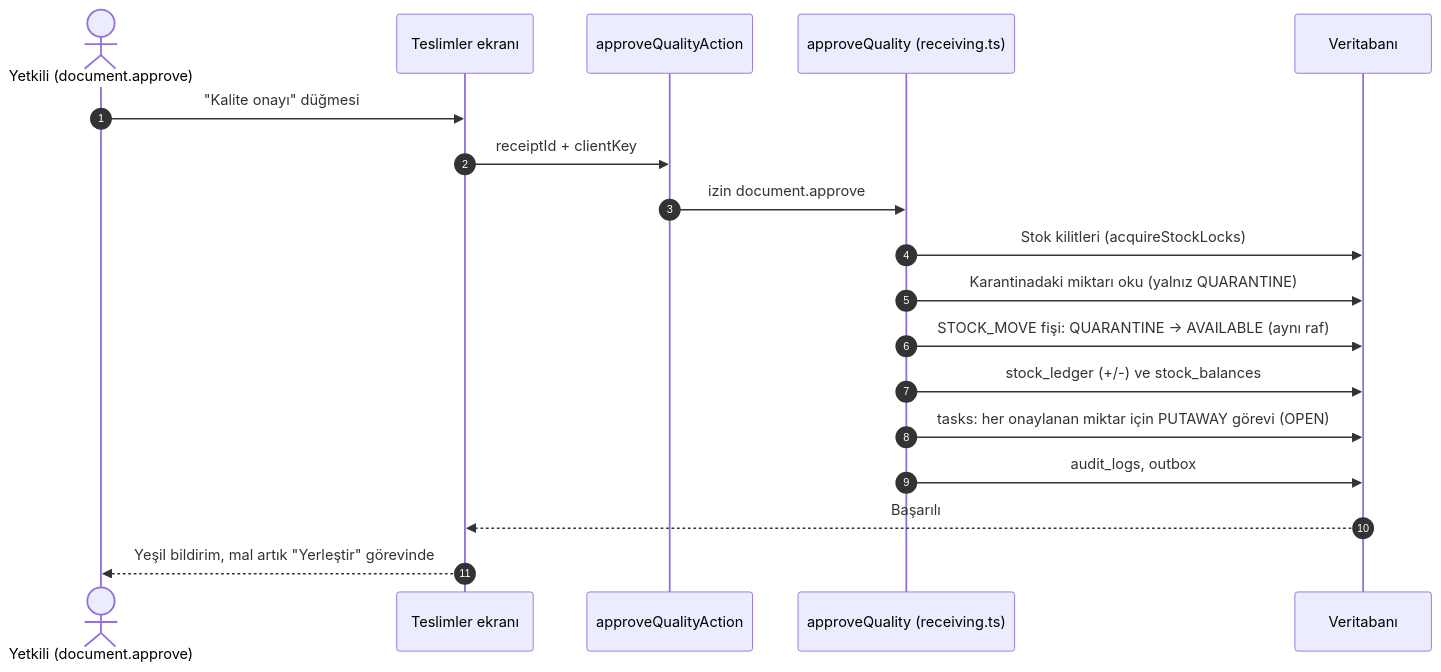
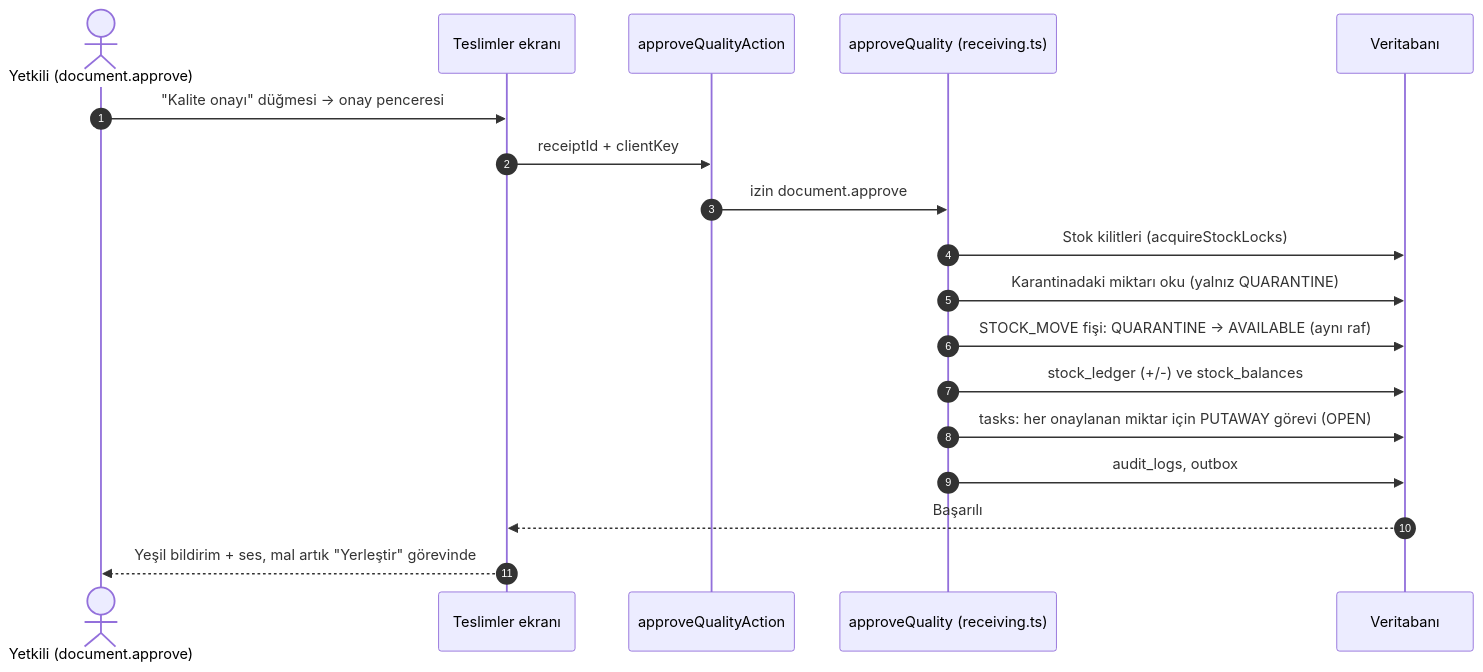
The third of 9 diagrams in docs/fonksiyonel-mimari/02b-mal-kabul-stok-katalog.md (shosgoren/EtkinWMS), drawn with Mermaid before and after one commit. The commit also changed other lines of this file and 10 other files, not shown here.

````diff
--- a/docs/fonksiyonel-mimari/02b-mal-kabul-stok-katalog.md
+++ b/docs/fonksiyonel-mimari/02b-mal-kabul-stok-katalog.md
@@ -129,20 +147,20 @@
 ```mermaid
 sequenceDiagram
     autonumber
     actor Y as Yetkili (document.approve)
     participant E as Teslimler ekranı
     participant A as approveQualityAction
     participant D as approveQuality (receiving.ts)
     participant DB as Veritabanı
-    Y->>E: "Kalite onayı" düğmesi
+    Y->>E: "Kalite onayı" düğmesi → onay penceresi
     E->>A: receiptId + clientKey
     A->>D: izin document.approve
     D->>DB: Stok kilitleri (acquireStockLocks)
     D->>DB: Karantinadaki miktarı oku (yalnız QUARANTINE)
     D->>DB: STOCK_MOVE fişi: QUARANTINE → AVAILABLE (aynı raf)
     D->>DB: stock_ledger (+/-) ve stock_balances
     D->>DB: tasks: her onaylanan miktar için PUTAWAY görevi (OPEN)
     D->>DB: audit_logs, outbox
     DB-->>E: Başarılı
-    E-->>Y: Yeşil bildirim, mal artık "Yerleştir" görevinde
+    E-->>Y: Yeşil bildirim + ses, mal artık "Yerleştir" görevinde
 ```
````
